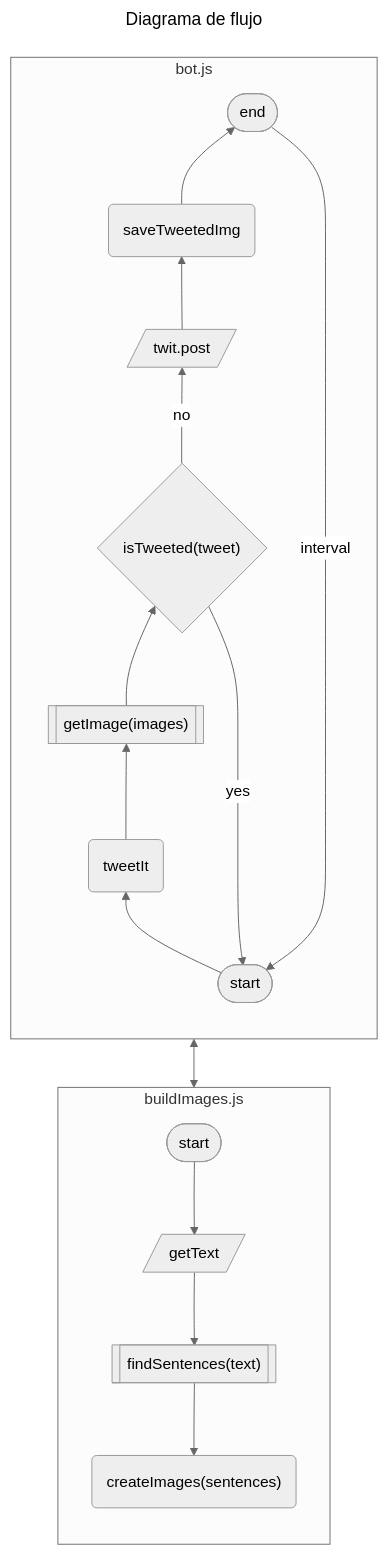
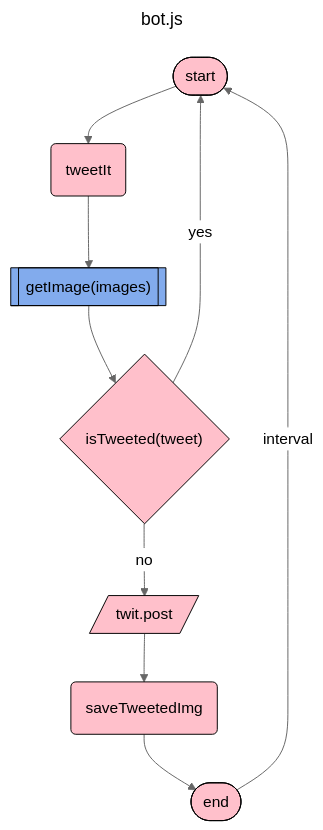
One commit to HadalyVillasclaras/unaImagenBot changed the first of 2 diagrams in README.md. Above: the diagram before and after it, drawn with Mermaid (neutral theme). The commit also changed other lines of this file and 1 other file, not shown here.

Commit message:
update: Readme.md

`````diff
--- a/README.md
+++ b/README.md
@@ -9,30 +11,19 @@
 ```mermaid
 ---
-title: Diagrama de flujo
+title: bot.js
 ---
 
-flowchart 
-subgraph bot.js 
-direction BT
+flowchart TB
   A1([start]) --> A2(tweetIt)
   A2 --> A3[["getImage(images)"]]
   A3 --> A4{"isTweeted(tweet)"}
   A4-- yes --> A1
   A4-- no --> A5[/twit.post/]
   A5 --> A6(saveTweetedImg)
   A6 --> A7([end])
   A7 -- "interval" --> A1
-end
-
-subgraph buildImages.js
-direction TB
-  B1([start]) --> B2[/getText/]
-  B2 --> B3[["findSentences(text)"]]
-  B3 --> B4("createImages(sentences)")
-end
-
-
-A3<-->B1
-
+  classDef bot fill: pink,color:black,stroke:black
+  class A1,A2,A4,A5,A6,A7 bot;
+  style A3 fill:#82abed,color:black,stroke:black
 
 ````
`````
